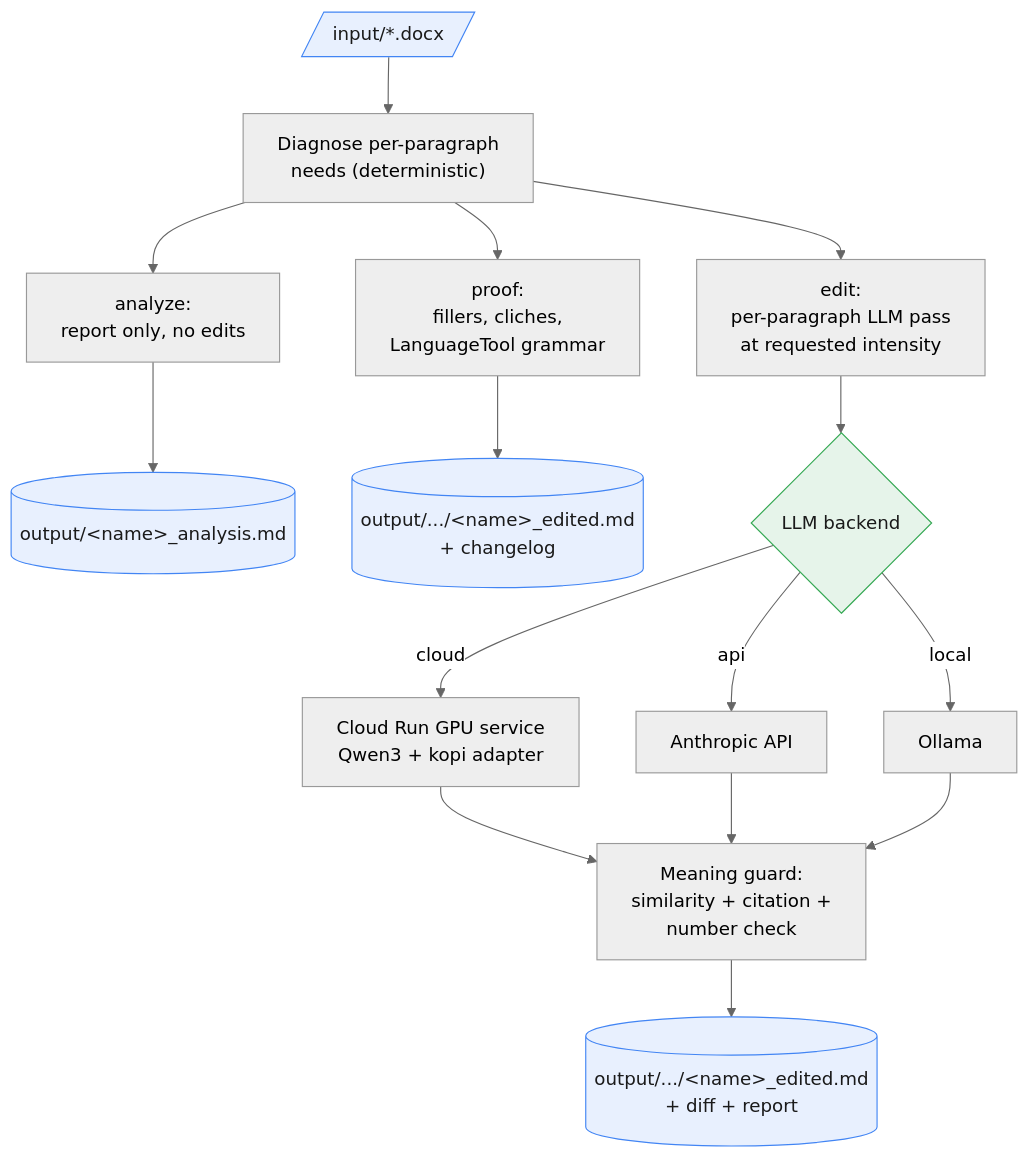
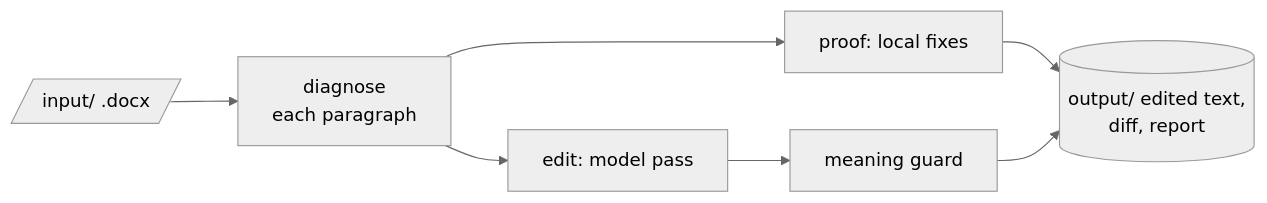
The diagram in workers/kopi-editor/README.md (mashud37/kopi-workers), drawn with Mermaid (neutral theme) before and after one commit. The commit also changed other lines of this file, not shown here.

````diff
--- a/workers/kopi-editor/README.md
+++ b/workers/kopi-editor/README.md
@@ -18,22 +14,9 @@
 ```mermaid
-flowchart TD
-    DOC[/"input/*.docx"/] --> DIAG["Diagnose per-paragraph<br/>needs (deterministic)"]
-    DIAG --> ANALYZE["analyze:<br/>report only, no edits"]
-    ANALYZE --> AOUT[("output/&lt;name&gt;_analysis.md")]
-    DIAG --> PROOF["proof:<br/>fillers, cliches,<br/>LanguageTool grammar"]
-    PROOF --> POUT[("output/.../&lt;name&gt;_edited.md<br/>+ changelog")]
-    DIAG --> EDIT["edit:<br/>per-paragraph LLM pass<br/>at requested intensity"]
-    EDIT --> BACKEND{"LLM backend"}
-    BACKEND -->|"cloud"| GPU["Cloud Run GPU service<br/>Qwen3 + kopi adapter"]
-    BACKEND -->|"api"| API["Anthropic API"]
-    BACKEND -->|"local"| OLLAMA["Ollama"]
-    GPU --> GUARD["Meaning guard:<br/>similarity + citation +<br/>number check"]
-    API --> GUARD
-    OLLAMA --> GUARD
-    GUARD --> EOUT[("output/.../&lt;name&gt;_edited.md<br/>+ diff + report")]
-
-    classDef store fill:#e8f0fe,stroke:#4285f4,color:#1a1a1a;
-    classDef route fill:#e6f4ea,stroke:#34a853,color:#1a1a1a;
-    class DOC,AOUT,POUT,EOUT store;
-    class BACKEND route;
+flowchart LR
+    DOC[/"input/ .docx"/] --> DIAG["diagnose<br/>each paragraph"]
+    DIAG --> PROOF["proof: local fixes"]
+    DIAG --> EDIT["edit: model pass"]
+    EDIT --> GUARD["meaning guard"]
+    PROOF --> OUT[("output/ edited text,<br/>diff, report")]
+    GUARD --> OUT
 ```
````
